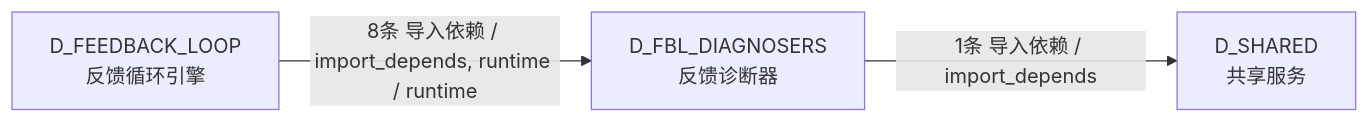
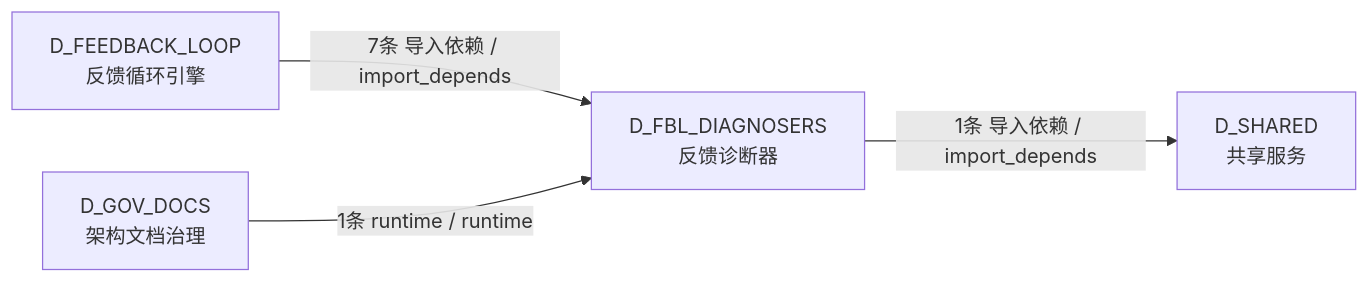
The sixth of 6 diagrams in docs/02_enterprise_architecture/02_domain_architecture_docs/12_d_fbl_diagnosers.md (xuanFelixVan/ZephyrAlpha), drawn with Mermaid before and after one commit. The commit also changed other lines of this file and 100 other files, not shown here.

````diff
--- a/docs/02_enterprise_architecture/02_domain_architecture_docs/12_d_fbl_diagnosers.md
+++ b/docs/02_enterprise_architecture/02_domain_architecture_docs/12_d_fbl_diagnosers.md
@@ -426,8 +430,10 @@
 ```mermaid
 graph LR
     D_FBL_DIAGNOSERS["D_FBL_DIAGNOSERS<br/>反馈诊断器"]
     D_SHARED["D_SHARED<br/>共享服务"]
     D_FEEDBACK_LOOP["D_FEEDBACK_LOOP<br/>反馈循环引擎"]
+    D_GOV_DOCS["D_GOV_DOCS<br/>架构文档治理"]
     D_FBL_DIAGNOSERS -->|1条 导入依赖 / import_depends| D_SHARED
-    D_FEEDBACK_LOOP -->|8条 导入依赖 / import_depends, runtime / runtime| D_FBL_DIAGNOSERS
+    D_FEEDBACK_LOOP -->|7条 导入依赖 / import_depends| D_FBL_DIAGNOSERS
+    D_GOV_DOCS -->|1条 runtime / runtime| D_FBL_DIAGNOSERS
 ```
````
